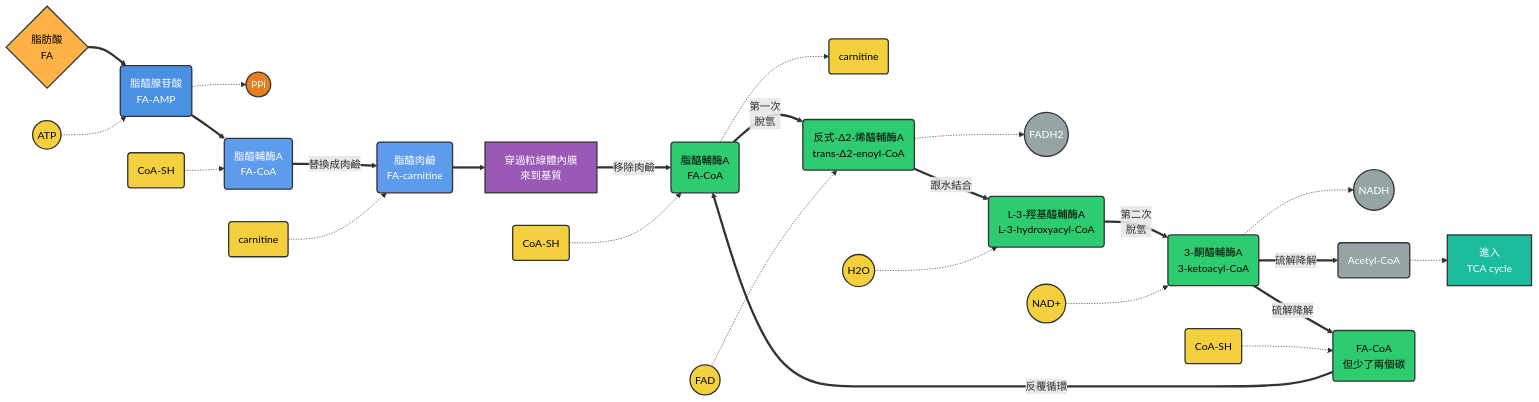
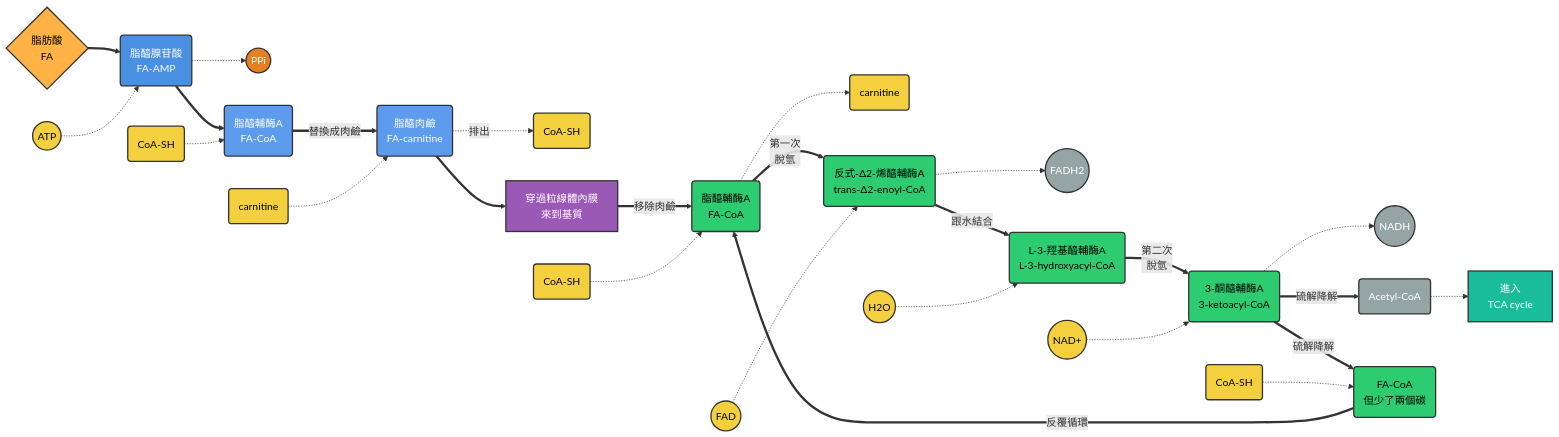
Diagram 24 of 28 in biochemistry_1st midterm.md (Jacklyn301/biochem_note_1142), drawn with Mermaid before and after one commit.

Commit message:
Update biochemistry_1st midterm.md

````diff
--- a/biochemistry_1st midterm.md
+++ b/biochemistry_1st midterm.md
@@ -1557,49 +1557,50 @@
 ```mermaid
 flowchart LR
     FA{脂肪酸<br>FA}:::start
     FA==>faa(脂醯腺苷酸<br>FA-AMP):::activation
 
     ATP((ATP)):::cofactor-.->faa
     faa-.->PPi((PPi)):::byproduct
 
     faa==>FaCoA1(脂醯輔酶A<br>FA-CoA):::transport
     CoA1(CoA-SH):::cofactor-.->FaCoA1
 
     FaCoA1==>|替換成肉鹼|FAC(脂醯肉鹼<br>FA-carnitine):::transport
     Ca1(carnitine):::cofactor-.->FAC
+    FAC-.->|排出|CoA3(CoA-SH):::cofactor
 
     FAC==>imm[穿過粒線體內膜<br>來到基質]:::membrane
 
     imm==>|移除肉鹼|FaCoA2(脂醯輔酶A<br>FA-CoA):::betaoxidation
     CoA(CoA-SH):::cofactor-.->FaCoA2
     FaCoA2-.->Ca2(carnitine):::cofactor
 
     FaCoA2==>|第一次<br>脫氫|A(反式-Δ2-烯醯輔酶A<br>trans-Δ2-enoyl-CoA):::betaoxidation
     FAD((FAD)):::cofactor-.->A
     A-.->FADH2((FADH2)):::product
 
     A==>|跟水結合|B(L-3-羥基醯輔酶A<br>L-3-hydroxyacyl-CoA):::betaoxidation
     H2O((H2O)):::cofactor-.->B
 
     B==>|第二次<br>脫氫|C(3-酮醯輔酶A<br>3-ketoacyl-CoA):::betaoxidation
     NAD((NAD+)):::cofactor-.->C
     C-.->NADH((NADH)):::product
 
     C==>|硫解降解|D(Acetyl-CoA):::product
     C==>|硫解降解|E(FA-CoA<br>但少了兩個碳):::betaoxidation
 
     CoA2(CoA-SH):::cofactor-.->E
 
     D-.->TCA[進入<br>TCA cycle]:::tca
     E==>|反覆循環|FaCoA2
 
     classDef start fill:#FFB347,stroke:#333,stroke-width:2px,color:#000
     classDef activation fill:#4A90E2,stroke:#333,stroke-width:2px,color:#fff
     classDef transport fill:#5D9BEC,stroke:#333,stroke-width:2px,color:#fff
     classDef membrane fill:#9B59B6,stroke:#333,stroke-width:2px,color:#fff
     classDef betaoxidation fill:#2ECC71,stroke:#333,stroke-width:2px,color:#000
     classDef cofactor fill:#F4D03F,stroke:#333,stroke-width:2px,color:#000
     classDef product fill:#95A5A6,stroke:#333,stroke-width:2px,color:#fff
     classDef byproduct fill:#E67E22,stroke:#333,stroke-width:2px,color:#fff
     classDef tca fill:#1ABC9C,stroke:#333,stroke-width:2px,color:#fff
 ```
````
